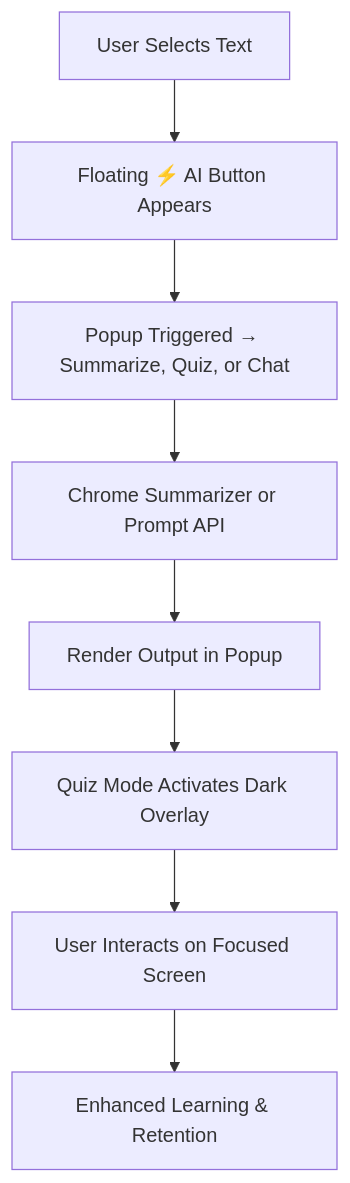
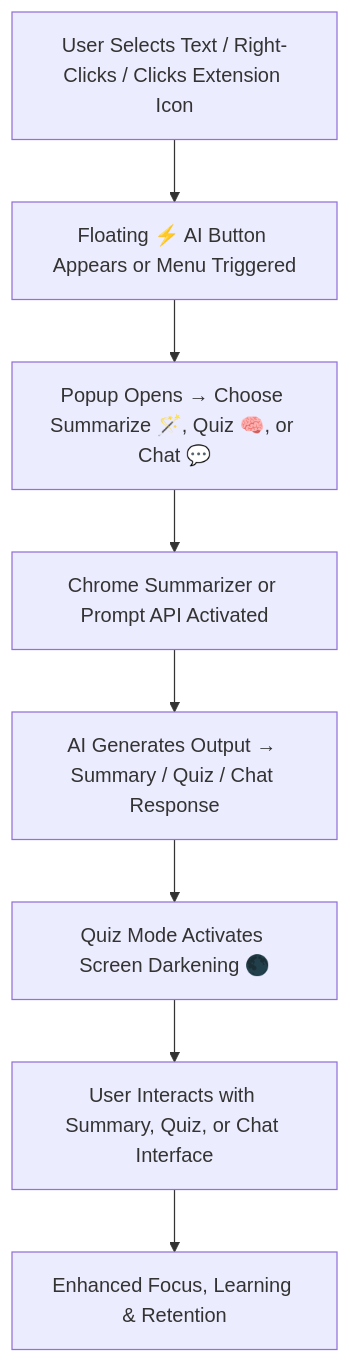
One commit to Gagan-J-U/BrainByte changed the diagram in README.md. Above: the diagram before and after it, drawn with Mermaid. The commit also changed other lines of this file, not shown here.

Commit message:
Update system flow diagram in README.md

````diff
--- a/README.md
+++ b/README.md
@@ -105,10 +107,11 @@
 ```mermaid
 graph TD;
-    A[User Selects Text] --> B[Floating ⚡ AI Button Appears];
-    B --> C[Popup Triggered → Summarize, Quiz, or Chat];
-    C --> D[Chrome Summarizer or Prompt API];
-    D --> E[Render Output in Popup];
-    E --> F[Quiz Mode Activates Dark Overlay];
-    F --> G[User Interacts on Focused Screen];
-    G --> H[Enhanced Learning & Retention];
+    A[User Selects Text / Right-Clicks / Clicks Extension Icon] --> B[Floating ⚡ AI Button Appears or Menu Triggered];
+    B --> C[Popup Opens → Choose Summarize 🪄, Quiz 🧠, or Chat 💬];
+    C --> D[Chrome Summarizer or Prompt API Activated];
+    D --> E[AI Generates Output → Summary / Quiz / Chat Response];
+    E --> F[Quiz Mode Activates Screen Darkening 🌑];
+    F --> G[User Interacts with Summary, Quiz, or Chat Interface];
+    G --> H[Enhanced Focus, Learning & Retention];
+
 ```
````
